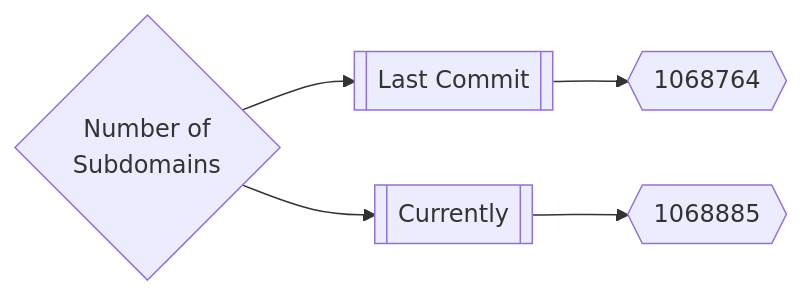
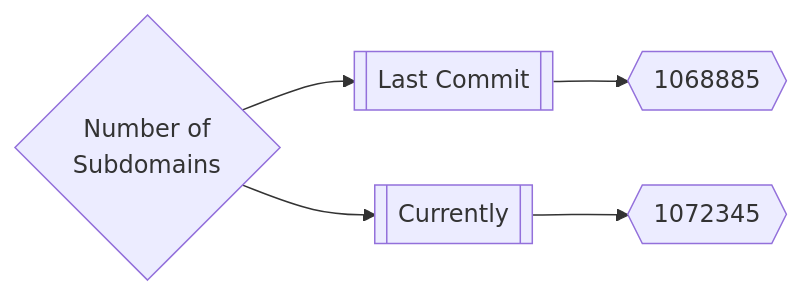
The first of 3 diagrams in README.md (trickest/inventory), drawn with Mermaid before and after one commit. The commit also changed other lines of this file and 264 other files, not shown here.

````diff
--- a/README.md
+++ b/README.md
@@ -165,5 +165,5 @@
 ```mermaid
 graph LR
-title{Number of<br>Subdomains} --> subdomainsDate1[[Last Commit]] --> subdomainsNum1{{1068764}}
-title --> subdomainsDate2[[Currently]] --> subdomainsNum2{{1068885}}
+title{Number of<br>Subdomains} --> subdomainsDate1[[Last Commit]] --> subdomainsNum1{{1068885}}
+title --> subdomainsDate2[[Currently]] --> subdomainsNum2{{1072345}}
 ```
````
